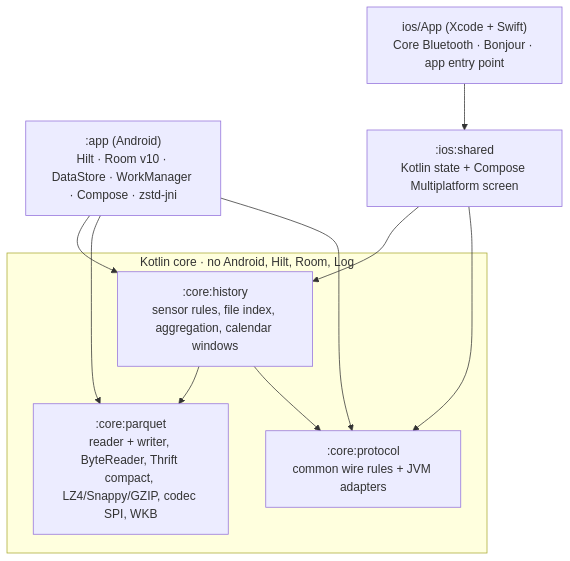
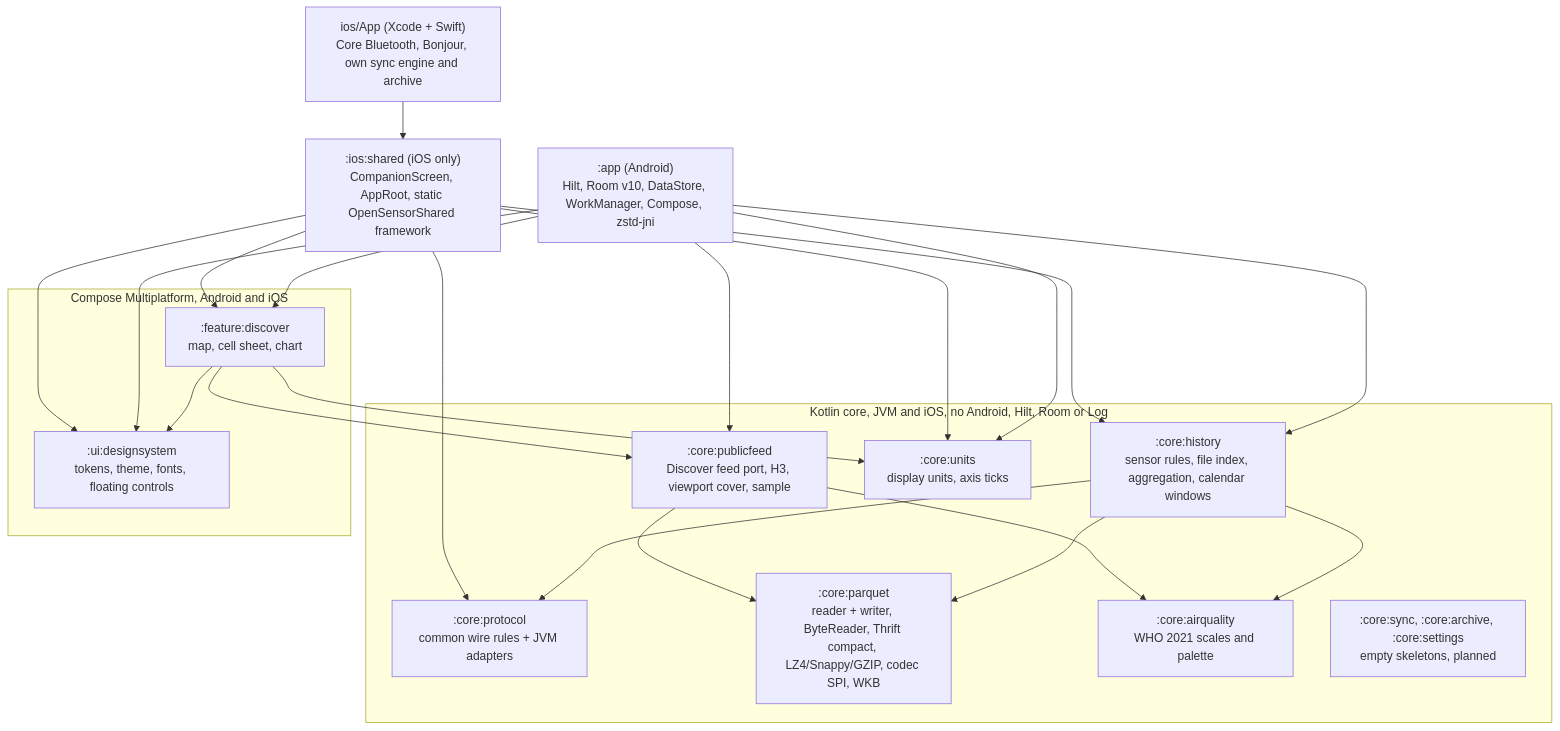
The first of 3 diagrams in docs/architecture.md (walkthru-earth/opensensor-space-mobile), drawn with Mermaid before and after one commit. The commit also changed other lines of this file and 7 other files, not shown here.

First line of the commit message:
Fix docs drift on modules, gates, versions and planned shared code

````diff
--- a/docs/architecture.md
+++ b/docs/architecture.md
@@ -9,19 +9,25 @@
 ```mermaid
 flowchart TB
-  subgraph core["Kotlin core · no Android, Hilt, Room, Log"]
+  subgraph core["Kotlin core, JVM and iOS, no Android, Hilt, Room or Log"]
     PR[":core:protocol<br/>common wire rules + JVM adapters"]
     PQ[":core:parquet<br/>reader + writer, ByteReader, Thrift compact, LZ4/Snappy/GZIP, codec SPI, WKB"]
+    AQ[":core:airquality<br/>WHO 2021 scales and palette"]
     HI[":core:history<br/>sensor rules, file index, aggregation, calendar windows"]
+    PF[":core:publicfeed<br/>Discover feed port, H3, viewport cover, sample"]
+    UN[":core:units<br/>display units, axis ticks"]
+    SK[":core:sync, :core:archive, :core:settings<br/>empty skeletons, planned"]
   end
-  APP[":app (Android)<br/>Hilt · Room v10 · DataStore · WorkManager · Compose · zstd-jni"]
-  IOS["ios/App (Xcode + Swift)<br/>Core Bluetooth · Bonjour · app entry point"]
-  IS[":ios:shared<br/>Kotlin state + Compose Multiplatform screen"]
-  HI --> PQ
-  HI --> PR
-  APP --> HI
-  APP --> PQ
-  APP --> PR
-  IS --> HI
-  IS --> PR
+  subgraph ui["Compose Multiplatform, Android and iOS"]
+    DS[":ui:designsystem<br/>tokens, theme, fonts, floating controls"]
+    DI[":feature:discover<br/>map, cell sheet, chart"]
+  end
+  APP[":app (Android)<br/>Hilt, Room v10, DataStore, WorkManager, Compose, zstd-jni"]
+  IOS["ios/App (Xcode + Swift)<br/>Core Bluetooth, Bonjour, own sync engine and archive"]
+  IS[":ios:shared (iOS only)<br/>CompanionScreen, AppRoot, static OpenSensorShared framework"]
+  HI --> PQ & PR & AQ
+  PF --> PQ & AQ
+  DI --> PF & UN & DS
+  APP --> HI & PF & UN & DI & DS
+  IS --> HI & PR & UN & DI & DS
   IOS --> IS
 ```
````
